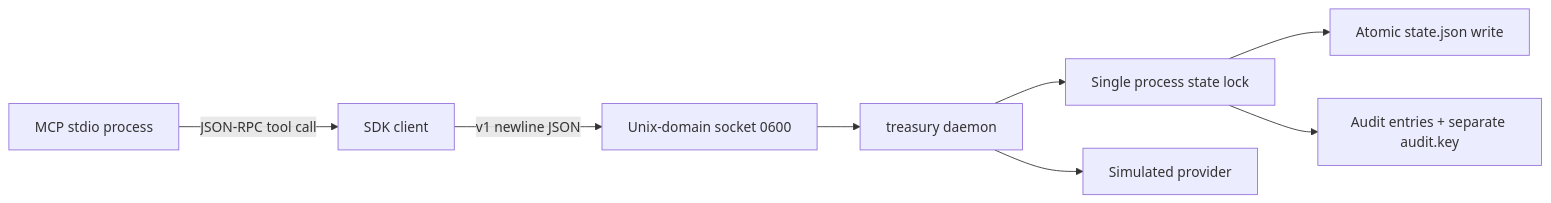
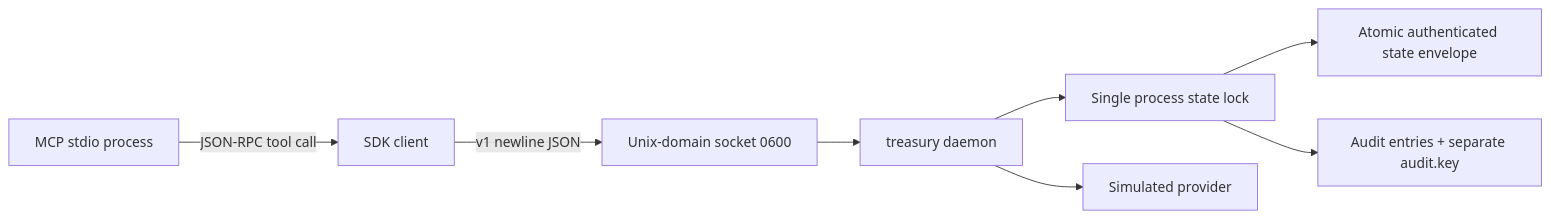
Before and after one commit to BedirT/cixa: the second of 5 diagrams in docs/architecture.md, drawn with Mermaid. The commit also changed other lines of this file and 9 other files, not shown here.

````diff
--- a/docs/architecture.md
+++ b/docs/architecture.md
@@ -32,10 +32,10 @@
 ```mermaid
 flowchart LR
   MCP[MCP stdio process] -->|JSON-RPC tool call| SDK[SDK client]
   SDK -->|v1 newline JSON| Socket[Unix-domain socket 0600]
   Socket --> Daemon[treasury daemon]
   Daemon --> Mutex[Single process state lock]
-  Mutex --> State[Atomic state.json write]
+  Mutex --> State[Atomic authenticated state envelope]
   Mutex --> Audit[Audit entries + separate audit.key]
   Daemon --> Provider[Simulated provider]
 ```
````
